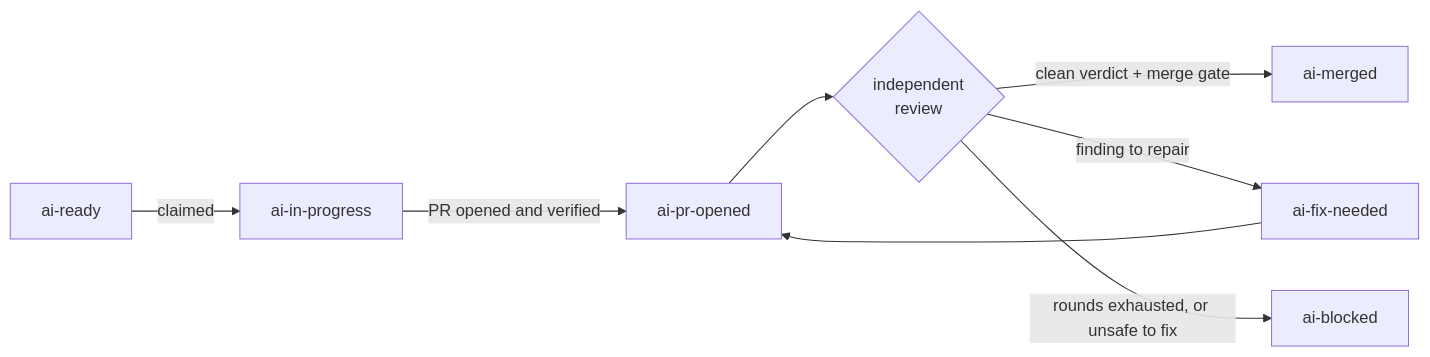
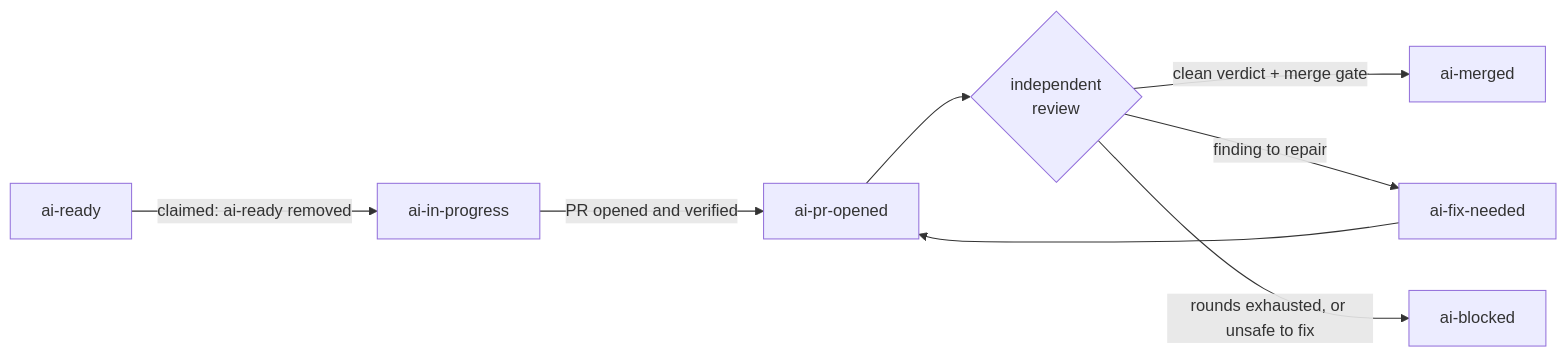
One commit to orbi-build/orbi-cloud-docs changed the diagram in delivery-lifecycle.mdx. Above: the diagram before and after it, drawn with Mermaid. The commit also changed other lines of this file and 1 other file, not shown here.

Commit message:
文档：ai-ready 只表示排队中，认领时摘掉（中英，跟随引擎 orbi#2309，待 v0.7.54 上生产后合并）

````diff
--- a/delivery-lifecycle.mdx
+++ b/delivery-lifecycle.mdx
@@ -14,10 +14,10 @@
 ```mermaid
 flowchart LR
-  ready["ai-ready"] -->|claimed| progress["ai-in-progress"]
+  ready["ai-ready"] -->|claimed: ai-ready removed| progress["ai-in-progress"]
   progress -->|PR opened and verified| opened["ai-pr-opened"]
   opened --> review{"independent<br/>review"}
   review -->|clean verdict + merge gate| merged["ai-merged"]
   review -->|finding to repair| fix["ai-fix-needed"]
   fix --> opened
   review -->|rounds exhausted, or unsafe to fix| blocked["ai-blocked"]
 ```
````
